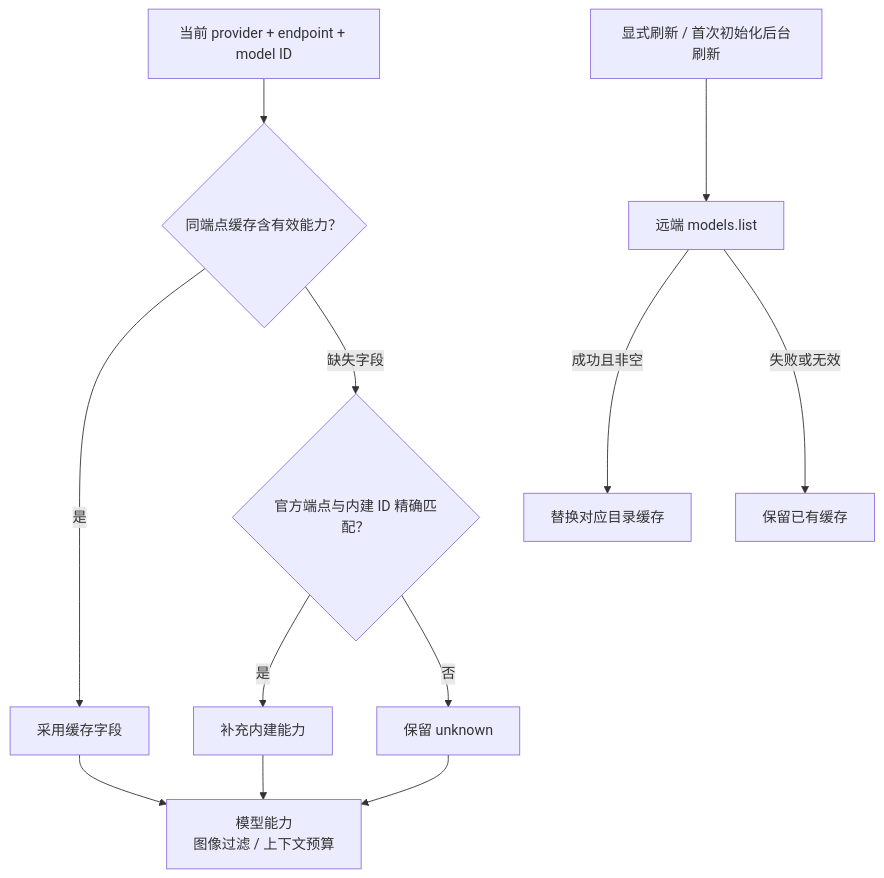
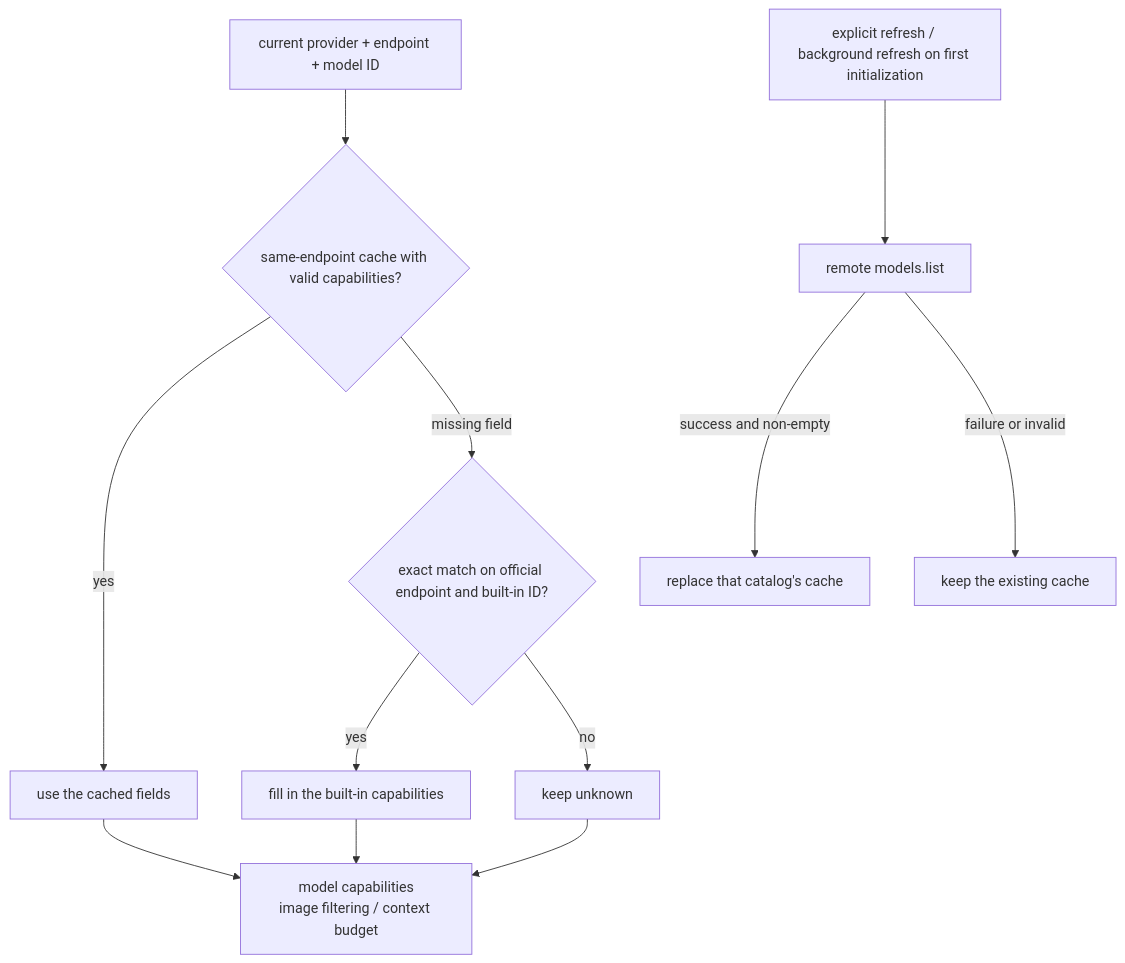
Before and after one commit to Azzurroooo/rind: the diagram in docs/internals/06-models/model-catalog.md, drawn with Mermaid. The commit also changed other lines of this file and 109 other files, not shown here.

```diff
--- a/docs/internals/06-models/model-catalog.md
+++ b/docs/internals/06-models/model-catalog.md
@@ -5,12 +7,12 @@
 ~~~mermaid
 flowchart TD
-    S["当前 provider + endpoint + model ID"] --> C{"同端点缓存含有效能力？"}
-    C -->|"是"| V["采用缓存字段"]
-    C -->|"缺失字段"| B{"官方端点与内建 ID 精确匹配？"}
-    B -->|"是"| F["补充内建能力"]
-    B -->|"否"| U["保留 unknown"]
-    V & F & U --> R["模型能力<br/>图像过滤 / 上下文预算"]
-    T["显式刷新 / 首次初始化后台刷新"] --> N["远端 models.list"]
-    N -->|"成功且非空"| W["替换对应目录缓存"]
-    N -->|"失败或无效"| K["保留已有缓存"]
+    S["current provider + endpoint + model ID"] --> C{"same-endpoint cache with valid capabilities?"}
+    C -->|"yes"| V["use the cached fields"]
+    C -->|"missing field"| B{"exact match on official endpoint and built-in ID?"}
+    B -->|"yes"| F["fill in the built-in capabilities"]
+    B -->|"no"| U["keep unknown"]
+    V & F & U --> R["model capabilities<br/>image filtering / context budget"]
+    T["explicit refresh / background refresh on first initialization"] --> N["remote models.list"]
+    N -->|"success and non-empty"| W["replace that catalog's cache"]
+    N -->|"failure or invalid"| K["keep the existing cache"]
 ~~~
```
